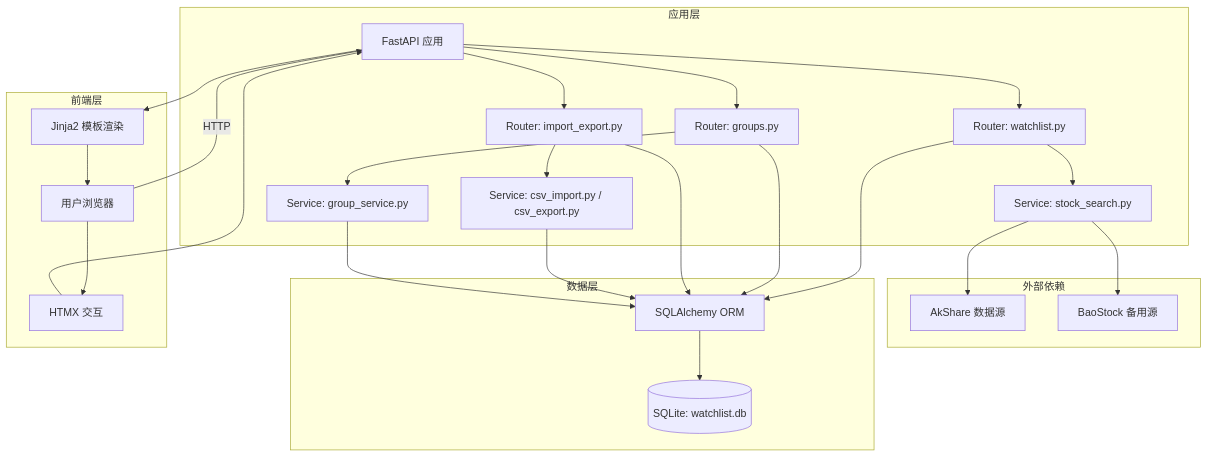
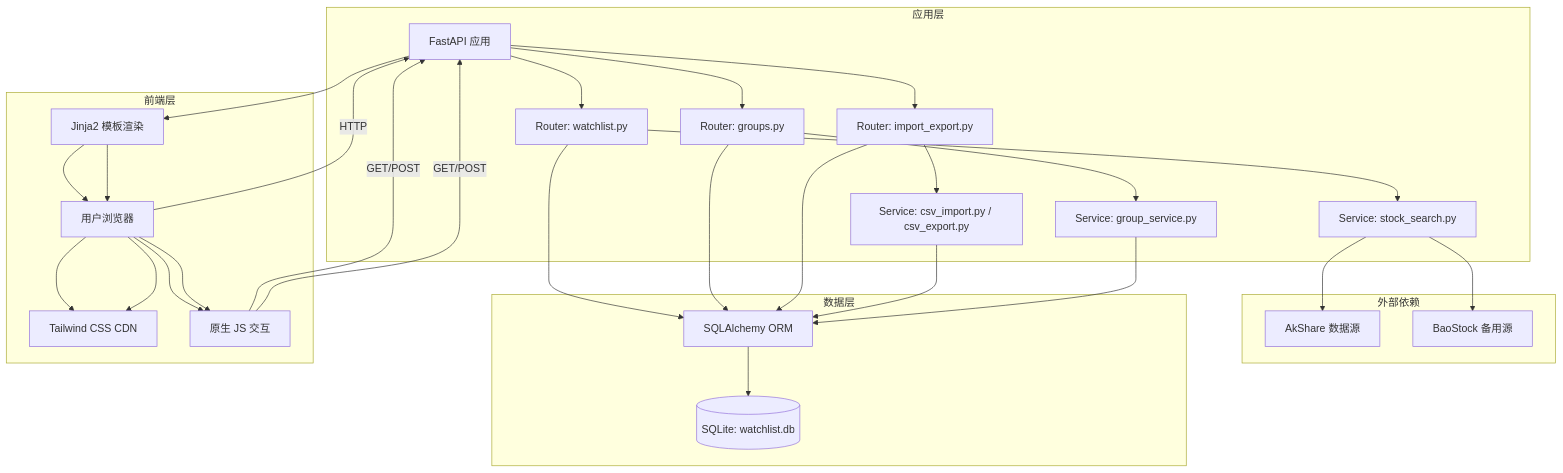
Before and after one commit to sxgaoxiang123456/alpha-project: the third of 3 diagrams in specs/001-stock-management/plan.md, drawn with Mermaid. The commit also changed other lines of this file and 26 other files, not shown here.

````diff
--- a/specs/001-stock-management/plan.md
+++ b/specs/001-stock-management/plan.md
@@ -166,52 +236,58 @@
 ```mermaid
 graph TD
     subgraph "外部依赖"
         AkShare[AkShare 数据源]
         BaoStock[BaoStock 备用源]
     end
 
     subgraph "应用层"
         FastAPI[FastAPI 应用]
         RouterWatchlist[Router: watchlist.py]
         RouterGroups[Router: groups.py]
         RouterImport[Router: import_export.py]
         ServiceSearch[Service: stock_search.py]
         ServiceCSV[Service: csv_import.py / csv_export.py]
         ServiceGroup[Service: group_service.py]
     end
 
     subgraph "数据层"
         SQLAlchemy[SQLAlchemy ORM]
         SQLite[(SQLite: watchlist.db)]
     end
 
     subgraph "前端层"
         Browser[用户浏览器]
-        HTMX[HTMX 交互]
+        Tailwind[Tailwind CSS CDN]
         Jinja2[Jinja2 模板渲染]
+        JS[原生 JS 交互]
     end
 
     Browser -->|HTTP| FastAPI
+    Jinja2 --> Browser
+    Browser --> Tailwind
+    Browser --> JS
+    JS -->|GET/POST| FastAPI
     FastAPI --> RouterWatchlist
     FastAPI --> RouterGroups
     FastAPI --> RouterImport
 
     RouterWatchlist --> ServiceSearch
     RouterWatchlist --> SQLAlchemy
     RouterGroups --> ServiceGroup
     RouterGroups --> SQLAlchemy
     RouterImport --> ServiceCSV
     RouterImport --> SQLAlchemy
 
     ServiceSearch --> AkShare
     ServiceSearch --> BaoStock
     ServiceCSV --> SQLAlchemy
     ServiceGroup --> SQLAlchemy
 
     SQLAlchemy --> SQLite
 
     FastAPI --> Jinja2
     Jinja2 --> Browser
-    Browser --> HTMX
-    HTMX --> FastAPI
+    Browser --> Tailwind
+    Browser --> JS
+    JS -->|GET/POST| FastAPI
 ```
````
